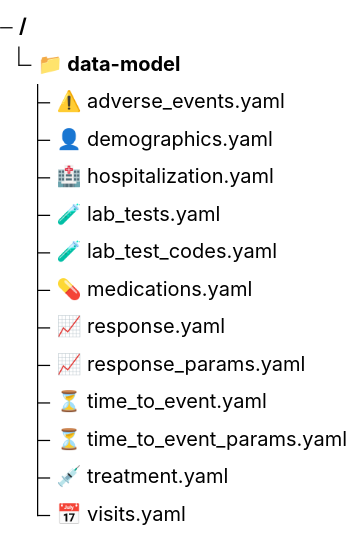
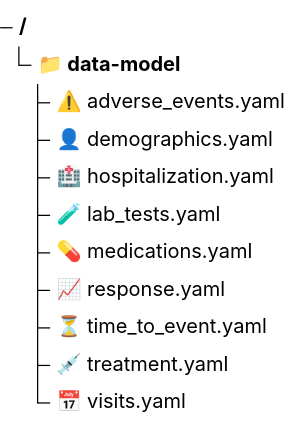
The diagram in data-model-directory-treeView.mmd (leslem/positconf2026), drawn with Mermaid before and after one commit. The commit also changed 16 other files, not shown here.

```diff
--- a/data-model-directory-treeView.mmd
+++ b/data-model-directory-treeView.mmd
@@ -1,15 +1,12 @@
 %%{init: {'themeCSS': '.treeView-node-description { fill: #4F4A4A; }'}}%%
 treeView-beta
 📁 data-model/
     ⚠️ adverse_events.yaml
     👤 demographics.yaml
     🏥 hospitalization.yaml
     🧪 lab_tests.yaml
-    🧪 lab_test_codes.yaml
     💊 medications.yaml
     📈 response.yaml
-    📈 response_params.yaml
     ⏳ time_to_event.yaml
-    ⏳ time_to_event_params.yaml
     💉 treatment.yaml
     📅 visits.yaml
```
